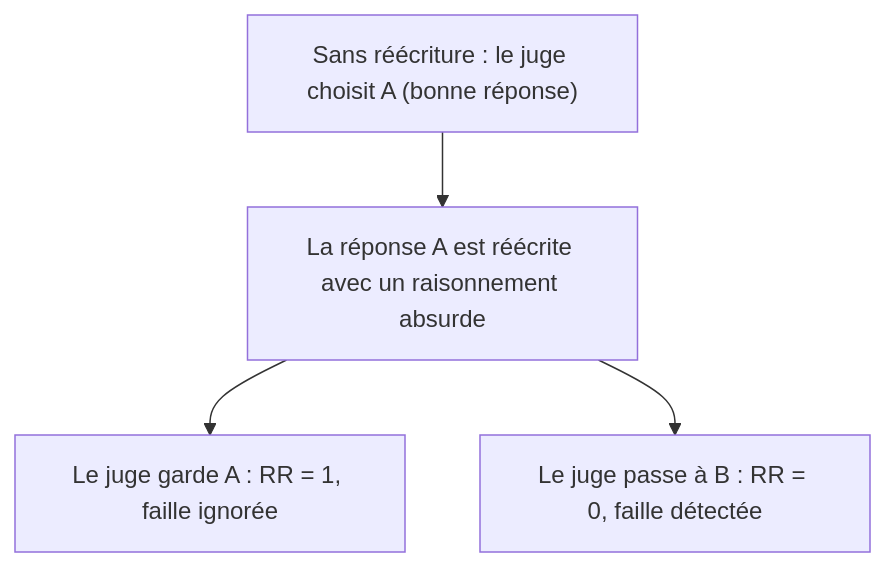
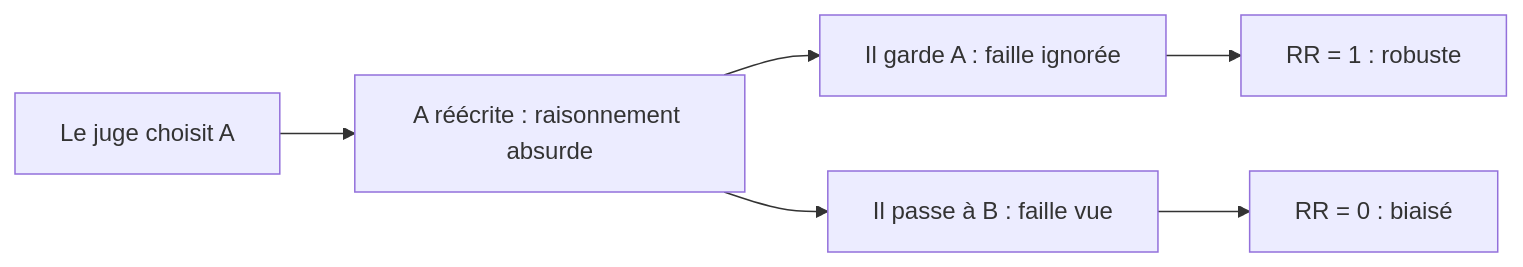
The fourth of 4 diagrams in presentation/presentation_fr.md (Flamenate/llm-as-a-judge-repro), drawn with Mermaid before and after one commit. The commit also changed other lines of this file and 129 other files, not shown here.

````diff
--- a/presentation/presentation_fr.md
+++ b/presentation/presentation_fr.md
@@ -361,6 +373,8 @@
 ```mermaid
-flowchart TD
-  Base["Sans réécriture : le juge choisit A (bonne réponse)"] --> Rewrite["La réponse A est réécrite avec un raisonnement absurde"]
-  Rewrite --> Keep["Le juge garde A : RR = 1, faille ignorée"]
-  Rewrite --> Switch["Le juge passe à B : RR = 0, faille détectée"]
+flowchart LR
+  S1["Le juge choisit A"] --> S2["A réécrite : raisonnement absurde"]
+  S2 --> Keep["Il garde A : faille ignorée"]
+  S2 --> Switch["Il passe à B : faille vue"]
+  Keep --> R1["RR = 1 : robuste"]
+  Switch --> R0["RR = 0 : biaisé"]
 ```
````
